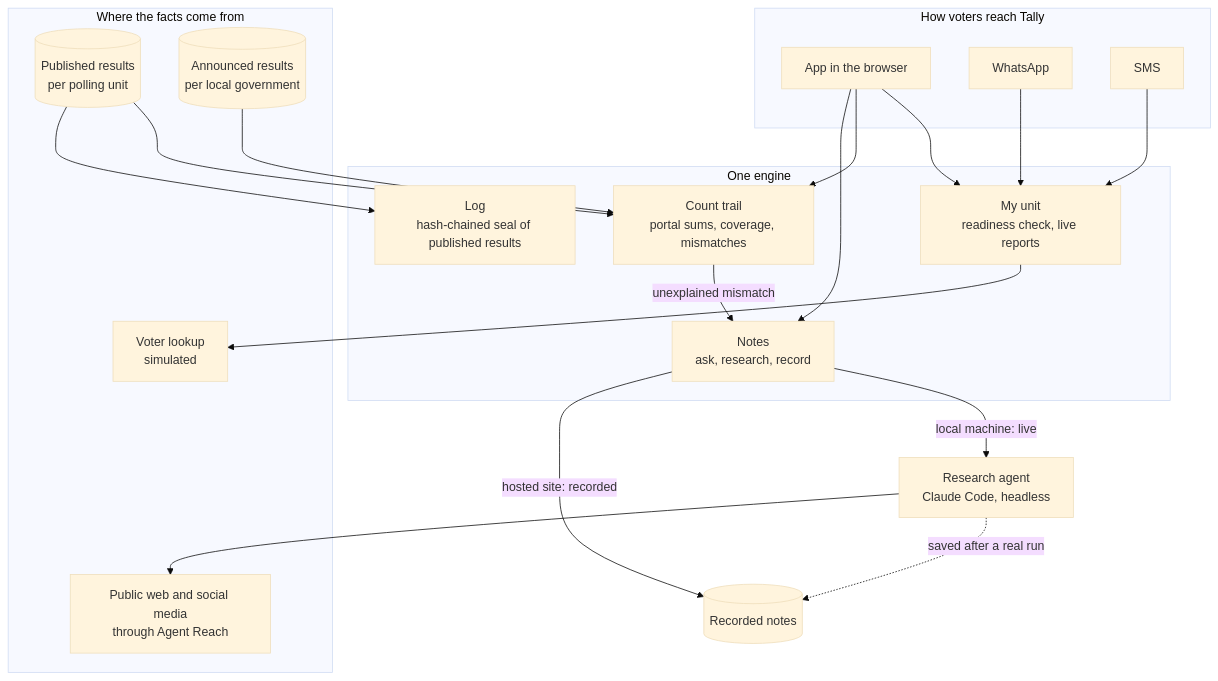
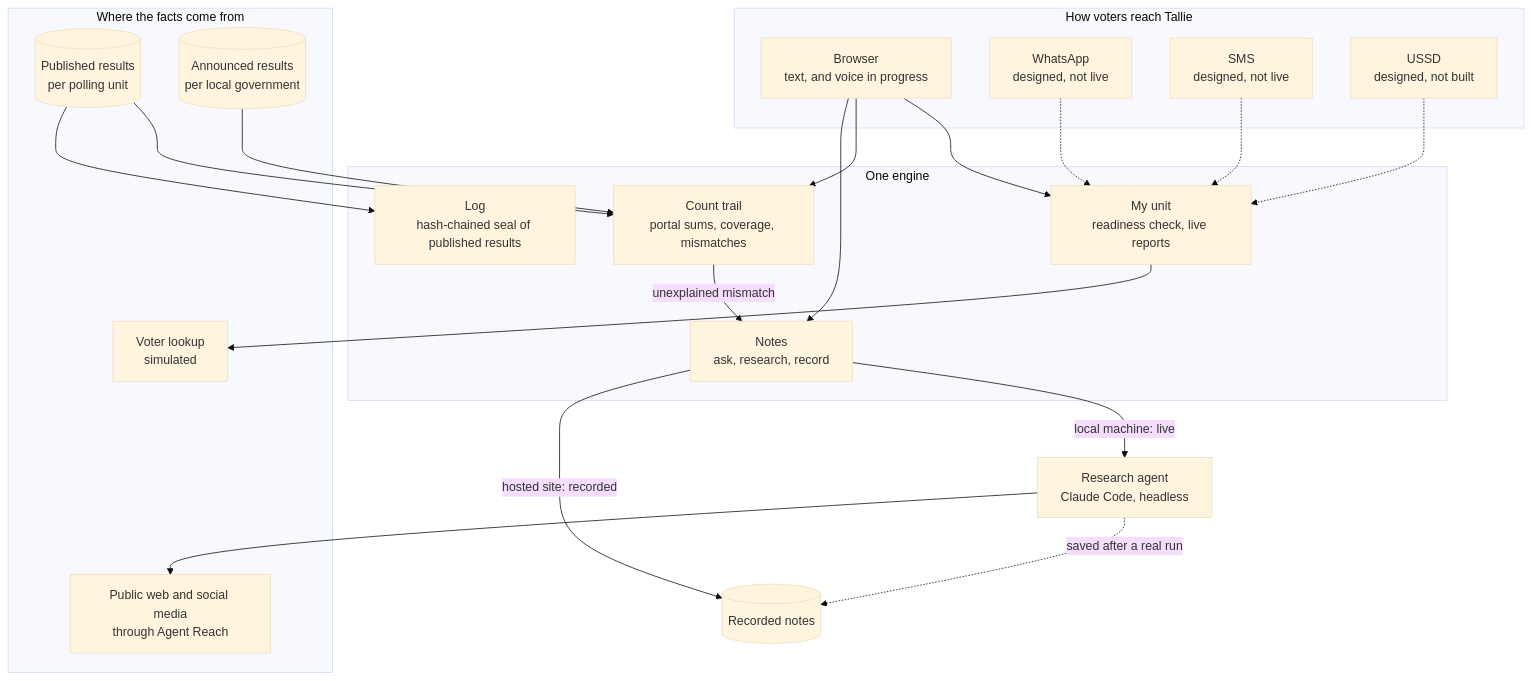
Before and after one commit to ktechfest2/TEAM-8-3.0: the second of 3 diagrams in docs/SYSTEM-SKETCH.md, drawn with Mermaid (base theme). The commit also changed other lines of this file and 46 other files, not shown here.

````diff
--- a/docs/SYSTEM-SKETCH.md
+++ b/docs/SYSTEM-SKETCH.md
@@ -42,37 +42,39 @@
 ```mermaid
 flowchart TB
-  subgraph channels["How voters reach Tally"]
-    APP["App in the browser"]
-    WA["WhatsApp"]
-    SMS["SMS"]
+  subgraph channels["How voters reach Tallie"]
+    APP["Browser<br/>text, and voice in progress"]
+    WA["WhatsApp<br/>designed, not live"]
+    SMS["SMS<br/>designed, not live"]
+    USSD["USSD<br/>designed, not built"]
   end
 
   subgraph engine["One engine"]
     MU["My unit<br/>readiness check, live reports"]
     CT["Count trail<br/>portal sums, coverage, mismatches"]
     NT["Notes<br/>ask, research, record"]
     LG["Log<br/>hash-chained seal of published results"]
   end
 
   subgraph sources["Where the facts come from"]
     P[("Published results<br/>per polling unit")]
     AN[("Announced results<br/>per local government")]
     VL["Voter lookup<br/>simulated"]
     WEB["Public web and social media<br/>through Agent Reach"]
   end
 
   APP --> MU
-  WA --> MU
-  SMS --> MU
+  WA -.-> MU
+  SMS -.-> MU
+  USSD -.-> MU
   APP --> CT
   APP --> NT
   MU --> VL
   P --> CT
   AN --> CT
   P --> LG
   CT -- "unexplained mismatch" --> NT
   NT -- "local machine: live" --> AG["Research agent<br/>Claude Code, headless"]
   AG --> WEB
   NT -- "hosted site: recorded" --> RN[("Recorded notes")]
   AG -. "saved after a real run" .-> RN
 ```
````
